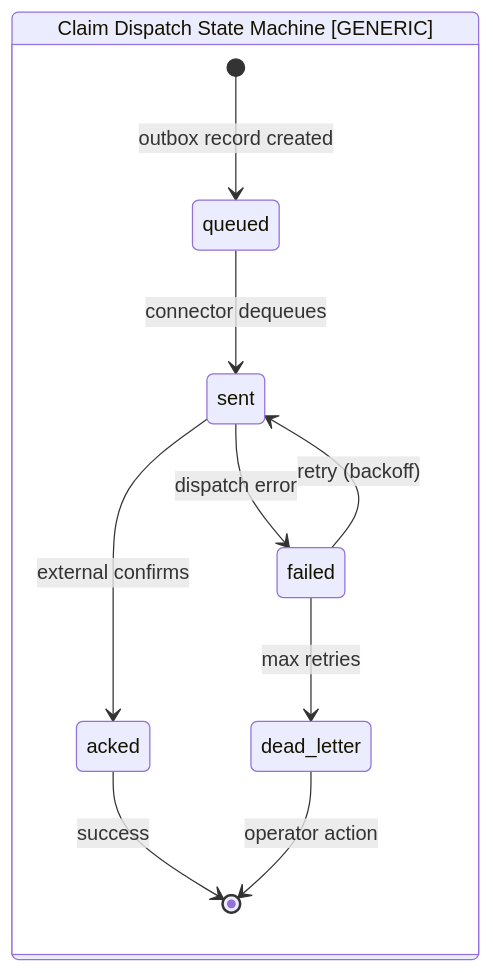
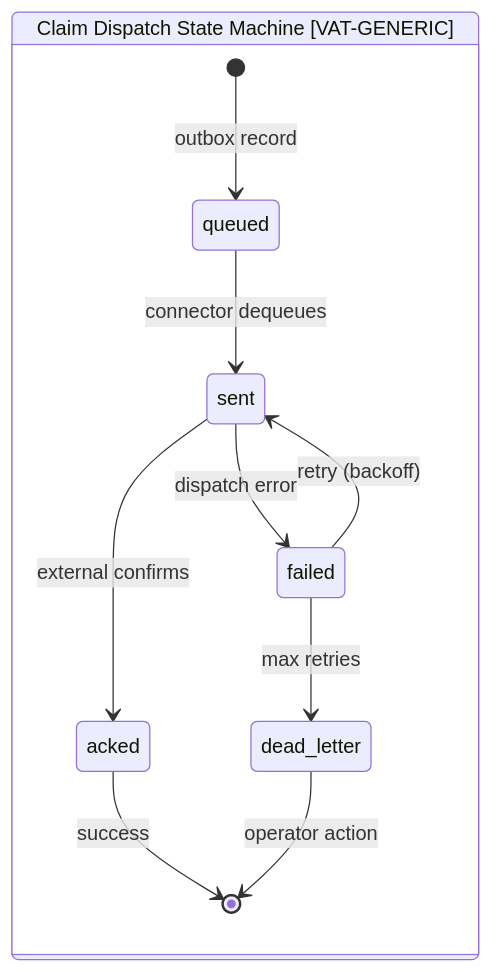
One commit to nc-tbi/VATRI-Codex changed diagram 11 of 11 in design/01-vat-filing-assessment-solution-design.md. Above: the diagram before and after it, drawn with Mermaid. The commit also changed other lines of this file and 15 other files, not shown here.

````diff
--- a/design/01-vat-filing-assessment-solution-design.md
+++ b/design/01-vat-filing-assessment-solution-design.md
@@ -308,13 +419,13 @@
 ```mermaid
 stateDiagram-v2
-    state "Claim Dispatch State Machine [GENERIC]" as CSM {
-        [*] --> queued : outbox record created
+    state "Claim Dispatch State Machine [VAT-GENERIC]" as CSM {
+        [*] --> queued : outbox record
         queued --> sent : connector dequeues
         sent --> acked : external confirms
         sent --> failed : dispatch error
         failed --> sent : retry (backoff)
         failed --> dead_letter : max retries
         acked --> [*] : success
         dead_letter --> [*] : operator action
     }
 ```
````
